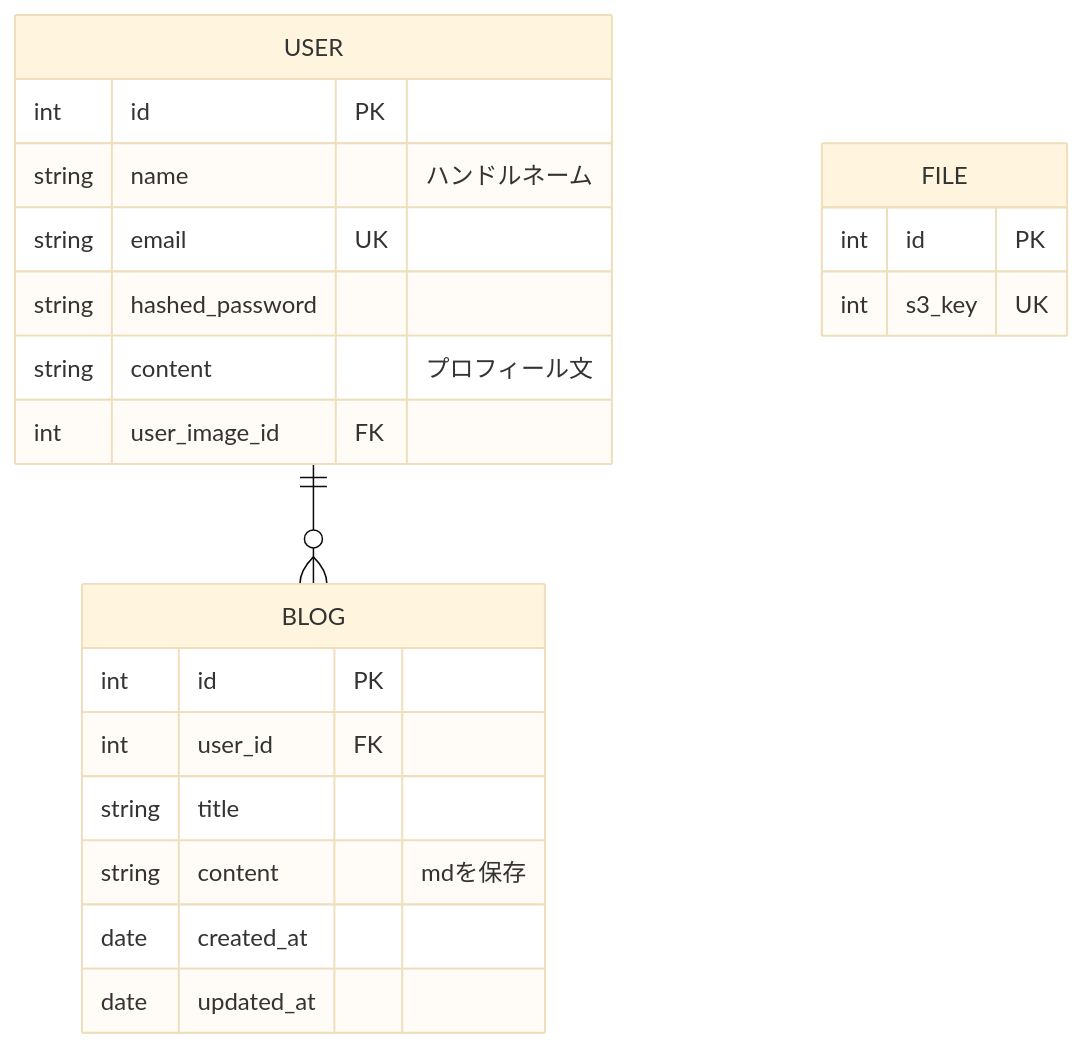
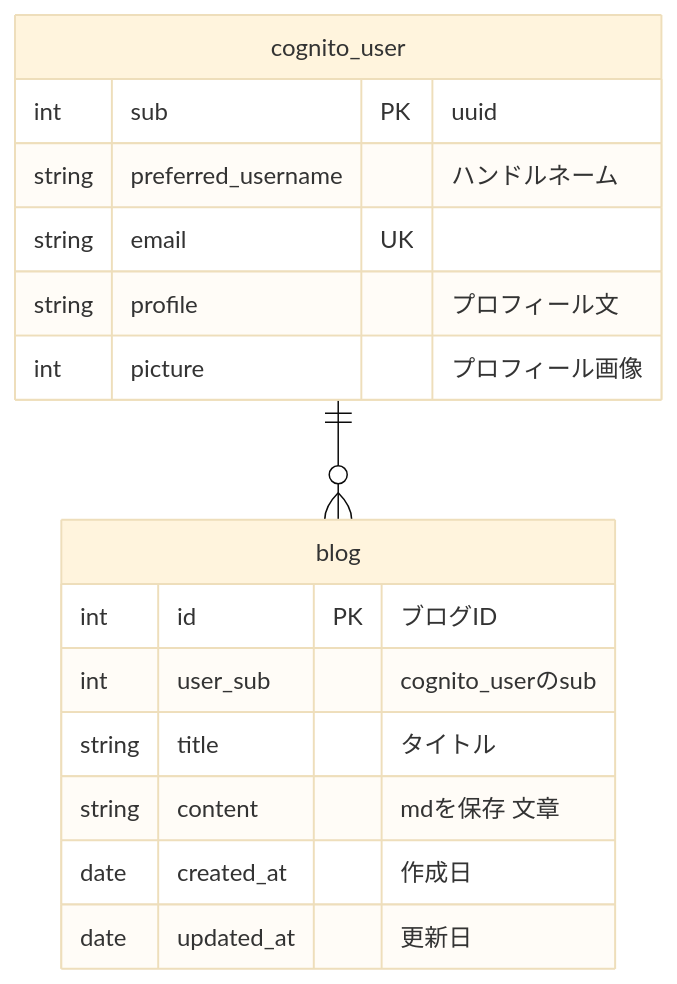
Before and after one commit to ChaSaji/aws-learn: the diagram in docs/er.md, drawn with Mermaid (base theme).

Commit message:
add: ER図完成

````diff
--- a/docs/er.md
+++ b/docs/er.md
@@ -1,25 +1,20 @@
 ```mermaid
 erDiagram
-    USER {
-        int id PK
-        string name  "ハンドルネーム"
+    cognito_user {
+        int sub PK "uuid"
+        string preferred_username "ハンドルネーム"
         string email UK
-        string hashed_password
-        string content "プロフィール文"
-        int user_image_id FK
+        string profile "プロフィール文"
+        int picture "プロフィール画像"
     }
-    BLOG {
-        int id PK
-        int user_id FK
-        string title
-        string content "mdを保存"
-        date created_at
-        date updated_at
-    }
-    FILE {
-        int id PK
-        int s3_key UK
+    blog {
+        int id PK "ブログID"
+        int user_sub "cognito_userのsub"
+        string title "タイトル"
+        string content "mdを保存 文章"
+        date created_at "作成日"
+        date updated_at "更新日"
     }
 
-    USER 1--0+ BLOG : ""
+    cognito_user 1--0+ blog : ""
 ```
````
